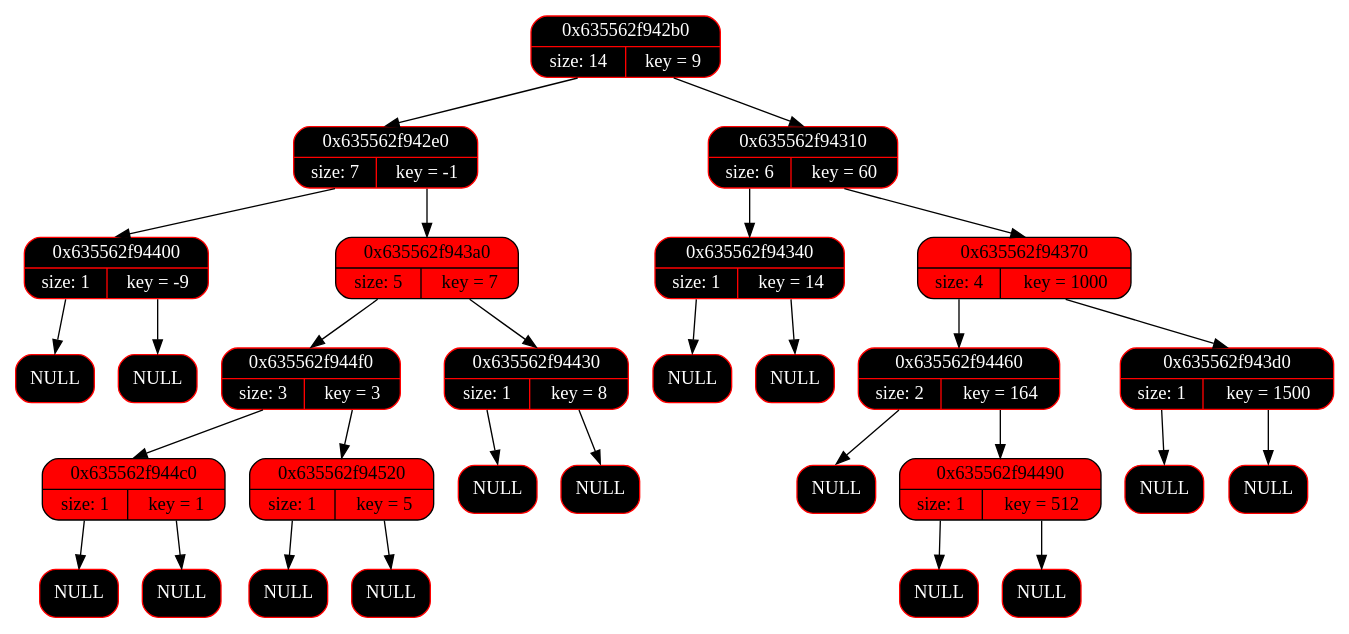
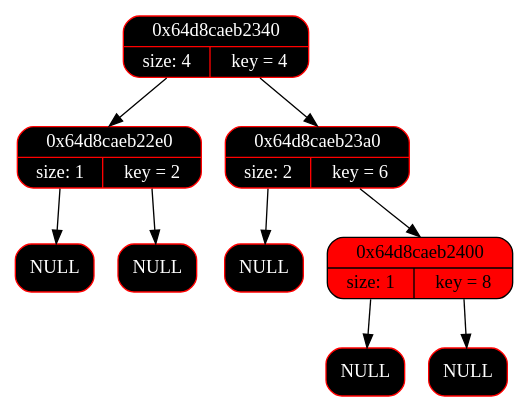
One commit to Vladislave0-0/RangeQuery changed the diagram in graphviz_output/after_insert_1.dot. Above: the diagram before and after it, drawn with Graphviz. The commit also changed 111 other files, not shown here.

```diff
--- a/graphviz_output/after_insert_1.dot
+++ b/graphviz_output/after_insert_1.dot
@@ -1,63 +1,22 @@
-digraph tree
-{
+digraph tree {
 	rankdir = TB;
 	splines = false;
 
-	node_0x635562f942b0 [color = red, style = "filled", fillcolor = black, shape = Mrecord, fontcolor = white, label =  "{{<f1> 0x635562f942b0} | { <f2> size: 14 | <f3> key = 9}}"];
-	node_0x635562f942b0:<f2>:s -> node_0x635562f942e0:<f1>:n;
-	node_0x635562f942e0 [color = red, style = "filled", fillcolor = black, shape = Mrecord, fontcolor = white, label =  "{{<f1> 0x635562f942e0} | { <f2> size: 7 | <f3> key = -1}}"];
-	node_0x635562f942e0:<f2>:s -> node_0x635562f94400:<f1>:n;
-	node_0x635562f94400 [color = red, style = "filled", fillcolor = black, shape = Mrecord, fontcolor = white, label =  "{{<f1> 0x635562f94400} | { <f2> size: 1 | <f3> key = -9}}"];
-	node_0x635562f94400:<f2>:s -> node_0:<f1>:n;
-	node_0 [color = red, style = "filled", fillcolor = black, shape = Mrecord, fontcolor = white, label =  "{<f1> NULL}"];
-	node_0x635562f94400:<f3>:s -> node_1:<f1>:n;
-	node_1 [color = red, style = "filled", fillcolor = black, shape = Mrecord, fontcolor = white, label =  "{<f1> NULL}"];
-	node_0x635562f942e0:<f3>:s -> node_0x635562f943a0:<f1>:n;
-	node_0x635562f943a0 [color = black, style = "filled", fillcolor = red, shape = Mrecord, fontcolor = black, label =  "{{<f1> 0x635562f943a0} | { <f2> size: 5 | <f3> key = 7}}"];
-	node_0x635562f943a0:<f2>:s -> node_0x635562f944f0:<f1>:n;
-	node_0x635562f944f0 [color = red, style = "filled", fillcolor = black, shape = Mrecord, fontcolor = white, label =  "{{<f1> 0x635562f944f0} | { <f2> size: 3 | <f3> key = 3}}"];
-	node_0x635562f944f0:<f2>:s -> node_0x635562f944c0:<f1>:n;
-	node_0x635562f944c0 [color = black, style = "filled", fillcolor = red, shape = Mrecord, fontcolor = black, label =  "{{<f1> 0x635562f944c0} | { <f2> size: 1 | <f3> key = 1}}"];
-	node_0x635562f944c0:<f2>:s -> node_2:<f1>:n;
-	node_2 [color = red, style = "filled", fillcolor = black, shape = Mrecord, fontcolor = white, label =  "{<f1> NULL}"];
-	node_0x635562f944c0:<f3>:s -> node_3:<f1>:n;
-	node_3 [color = red, style = "filled", fillcolor = black, shape = Mrecord, fontcolor = white, label =  "{<f1> NULL}"];
-	node_0x635562f944f0:<f3>:s -> node_0x635562f94520:<f1>:n;
-	node_0x635562f94520 [color = black, style = "filled", fillcolor = red, shape = Mrecord, fontcolor = black, label =  "{{<f1> 0x635562f94520} | { <f2> size: 1 | <f3> key = 5}}"];
-	node_0x635562f94520:<f2>:s -> node_4:<f1>:n;
-	node_4 [color = red, style = "filled", fillcolor = black, shape = Mrecord, fontcolor = white, label =  "{<f1> NULL}"];
-	node_0x635562f94520:<f3>:s -> node_5:<f1>:n;
-	node_5 [color = red, style = "filled", fillcolor = black, shape = Mrecord, fontcolor = white, label =  "{<f1> NULL}"];
-	node_0x635562f943a0:<f3>:s -> node_0x635562f94430:<f1>:n;
-	node_0x635562f94430 [color = red, style = "filled", fillcolor = black, shape = Mrecord, fontcolor = white, label =  "{{<f1> 0x635562f94430} | { <f2> size: 1 | <f3> key = 8}}"];
-	node_0x635562f94430:<f2>:s -> node_6:<f1>:n;
-	node_6 [color = red, style = "filled", fillcolor = black, shape = Mrecord, fontcolor = white, label =  "{<f1> NULL}"];
-	node_0x635562f94430:<f3>:s -> node_7:<f1>:n;
-	node_7 [color = red, style = "filled", fillcolor = black, shape = Mrecord, fontcolor = white, label =  "{<f1> NULL}"];
-	node_0x635562f942b0:<f3>:s -> node_0x635562f94310:<f1>:n;
-	node_0x635562f94310 [color = red, style = "filled", fillcolor = black, shape = Mrecord, fontcolor = white, label =  "{{<f1> 0x635562f94310} | { <f2> size: 6 | <f3> key = 60}}"];
-	node_0x635562f94310:<f2>:s -> node_0x635562f94340:<f1>:n;
-	node_0x635562f94340 [color = red, style = "filled", fillcolor = black, shape = Mrecord, fontcolor = white, label =  "{{<f1> 0x635562f94340} | { <f2> size: 1 | <f3> key = 14}}"];
-	node_0x635562f94340:<f2>:s -> node_8:<f1>:n;
-	node_8 [color = red, style = "filled", fillcolor = black, shape = Mrecord, fontcolor = white, label =  "{<f1> NULL}"];
-	node_0x635562f94340:<f3>:s -> node_9:<f1>:n;
-	node_9 [color = red, style = "filled", fillcolor = black, shape = Mrecord, fontcolor = white, label =  "{<f1> NULL}"];
-	node_0x635562f94310:<f3>:s -> node_0x635562f94370:<f1>:n;
-	node_0x635562f94370 [color = black, style = "filled", fillcolor = red, shape = Mrecord, fontcolor = black, label =  "{{<f1> 0x635562f94370} | { <f2> size: 4 | <f3> key = 1000}}"];
-	node_0x635562f94370:<f2>:s -> node_0x635562f94460:<f1>:n;
-	node_0x635562f94460 [color = red, style = "filled", fillcolor = black, shape = Mrecord, fontcolor = white, label =  "{{<f1> 0x635562f94460} | { <f2> size: 2 | <f3> key = 164}}"];
-	node_0x635562f94460:<f2>:s -> node_10:<f1>:n;
-	node_10 [color = red, style = "filled", fillcolor = black, shape = Mrecord, fontcolor = white, label =  "{<f1> NULL}"];
-	node_0x635562f94460:<f3>:s -> node_0x635562f94490:<f1>:n;
-	node_0x635562f94490 [color = black, style = "filled", fillcolor = red, shape = Mrecord, fontcolor = black, label =  "{{<f1> 0x635562f94490} | { <f2> size: 1 | <f3> key = 512}}"];
-	node_0x635562f94490:<f2>:s -> node_11:<f1>:n;
-	node_11 [color = red, style = "filled", fillcolor = black, shape = Mrecord, fontcolor = white, label =  "{<f1> NULL}"];
-	node_0x635562f94490:<f3>:s -> node_12:<f1>:n;
-	node_12 [color = red, style = "filled", fillcolor = black, shape = Mrecord, fontcolor = white, label =  "{<f1> NULL}"];
-	node_0x635562f94370:<f3>:s -> node_0x635562f943d0:<f1>:n;
-	node_0x635562f943d0 [color = red, style = "filled", fillcolor = black, shape = Mrecord, fontcolor = white, label =  "{{<f1> 0x635562f943d0} | { <f2> size: 1 | <f3> key = 1500}}"];
-	node_0x635562f943d0:<f2>:s -> node_13:<f1>:n;
-	node_13 [color = red, style = "filled", fillcolor = black, shape = Mrecord, fontcolor = white, label =  "{<f1> NULL}"];
-	node_0x635562f943d0:<f3>:s -> node_14:<f1>:n;
-	node_14 [color = red, style = "filled", fillcolor = black, shape = Mrecord, fontcolor = white, label =  "{<f1> NULL}"];
+	node_0x64d8caeb2340 [color = red, style = "filled", fillcolor = black, shape = Mrecord, fontcolor = white, label = "{{<f1> 0x64d8caeb2340} | {<f2> size: 4 | <f3> key = 4}}"];
+	node_0x64d8caeb2340:<f2>:s -> node_0x64d8caeb22e0:<f1>:n;
+	node_0x64d8caeb22e0 [color = red, style = "filled", fillcolor = black, shape = Mrecord, fontcolor = white, label = "{{<f1> 0x64d8caeb22e0} | {<f2> size: 1 | <f3> key = 2}}"];
+	node_0x64d8caeb22e0:<f2>:s -> null_1;
+	null_1 [color = red, style = "filled", fillcolor = black, shape = Mrecord, fontcolor = white, label = "{<f1> NULL}"];
+	node_0x64d8caeb22e0:<f3>:s -> null_2;
+	null_2 [color = red, style = "filled", fillcolor = black, shape = Mrecord, fontcolor = white, label = "{<f1> NULL}"];
+	node_0x64d8caeb2340:<f3>:s -> node_0x64d8caeb23a0:<f1>:n;
+	node_0x64d8caeb23a0 [color = red, style = "filled", fillcolor = black, shape = Mrecord, fontcolor = white, label = "{{<f1> 0x64d8caeb23a0} | {<f2> size: 2 | <f3> key = 6}}"];
+	node_0x64d8caeb23a0:<f2>:s -> null_3;
+	null_3 [color = red, style = "filled", fillcolor = black, shape = Mrecord, fontcolor = white, label = "{<f1> NULL}"];
+	node_0x64d8caeb23a0:<f3>:s -> node_0x64d8caeb2400:<f1>:n;
+	node_0x64d8caeb2400 [color = black, style = "filled", fillcolor = red, shape = Mrecord, fontcolor = black, label = "{{<f1> 0x64d8caeb2400} | {<f2> size: 1 | <f3> key = 8}}"];
+	node_0x64d8caeb2400:<f2>:s -> null_4;
+	null_4 [color = red, style = "filled", fillcolor = black, shape = Mrecord, fontcolor = white, label = "{<f1> NULL}"];
+	node_0x64d8caeb2400:<f3>:s -> null_5;
+	null_5 [color = red, style = "filled", fillcolor = black, shape = Mrecord, fontcolor = white, label = "{<f1> NULL}"];
 }
```
